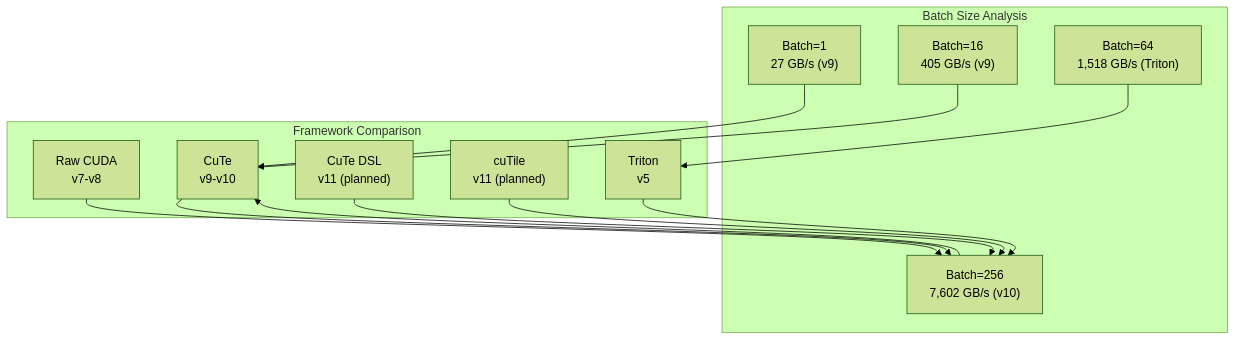
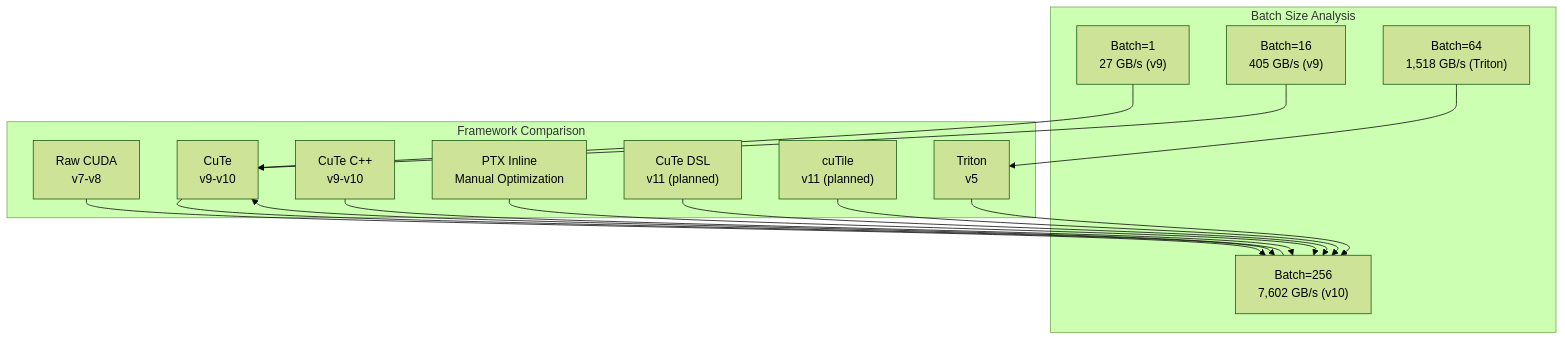
Diagram 11 of 12 in .qoder/repowiki/en/content/Core Kernels/Tech Stack Comparison_ Raw CUDA vs CuTe vs Triton.md (gugudeshubao/flashinfer-bench-tma-thrust), drawn with Mermaid (forest theme) before and after one commit. The commit also changed other lines of this file and 19 other files, not shown here.

````diff
--- a/.qoder/repowiki/en/content/Core Kernels/Tech Stack Comparison_ Raw CUDA vs CuTe vs Triton.md
+++ b/.qoder/repowiki/en/content/Core Kernels/Tech Stack Comparison_ Raw CUDA vs CuTe vs Triton.md
@@ -475,25 +582,29 @@
 ```mermaid
 graph TB
 subgraph "Batch Size Analysis"
 B1["Batch=1<br/>27 GB/s (v9)"]
 B16["Batch=16<br/>405 GB/s (v9)"]
 B64["Batch=64<br/>1,518 GB/s (Triton)"]
 B256["Batch=256<br/>7,602 GB/s (v10)"]
 end
 subgraph "Framework Comparison"
 RAW["Raw CUDA<br/>v7-v8"]
 CUTTE["CuTe<br/>v9-v10"]
+CUTE_CPP["CuTe C++<br/>v9-v10"]
+PTX_INLINE["PTX Inline<br/>Manual Optimization"]
 CUTE_DSL["CuTe DSL<br/>v11 (planned)"]
 CUTILE["cuTile<br/>v11 (planned)"]
 TRIT["Triton<br/>v5"]
 end
 B1 --> CUTTE
 B16 --> CUTTE
 B64 --> TRIT
 B256 --> CUTTE
 RAW --> B256
 CUTTE --> B256
 TRIT --> B256
+CUTE_CPP --> B256
+PTX_INLINE --> B256
 CUTE_DSL --> B256
 CUTILE --> B256
 ```
````
